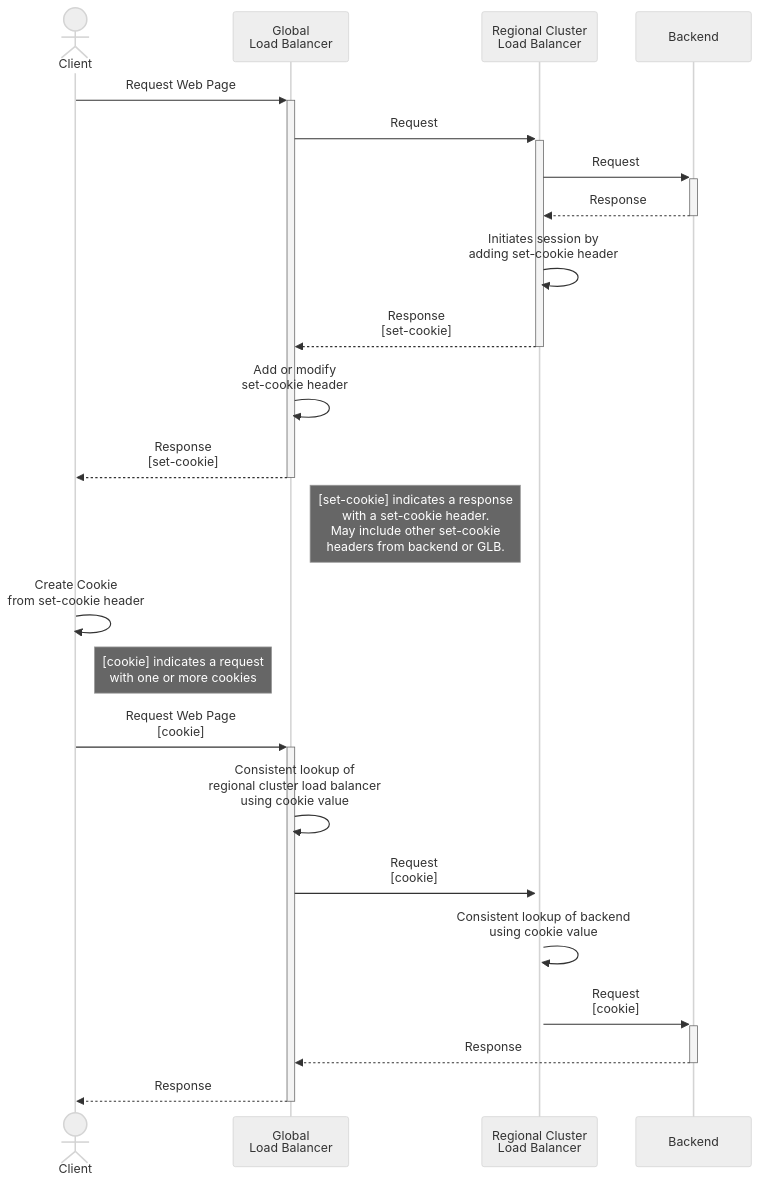
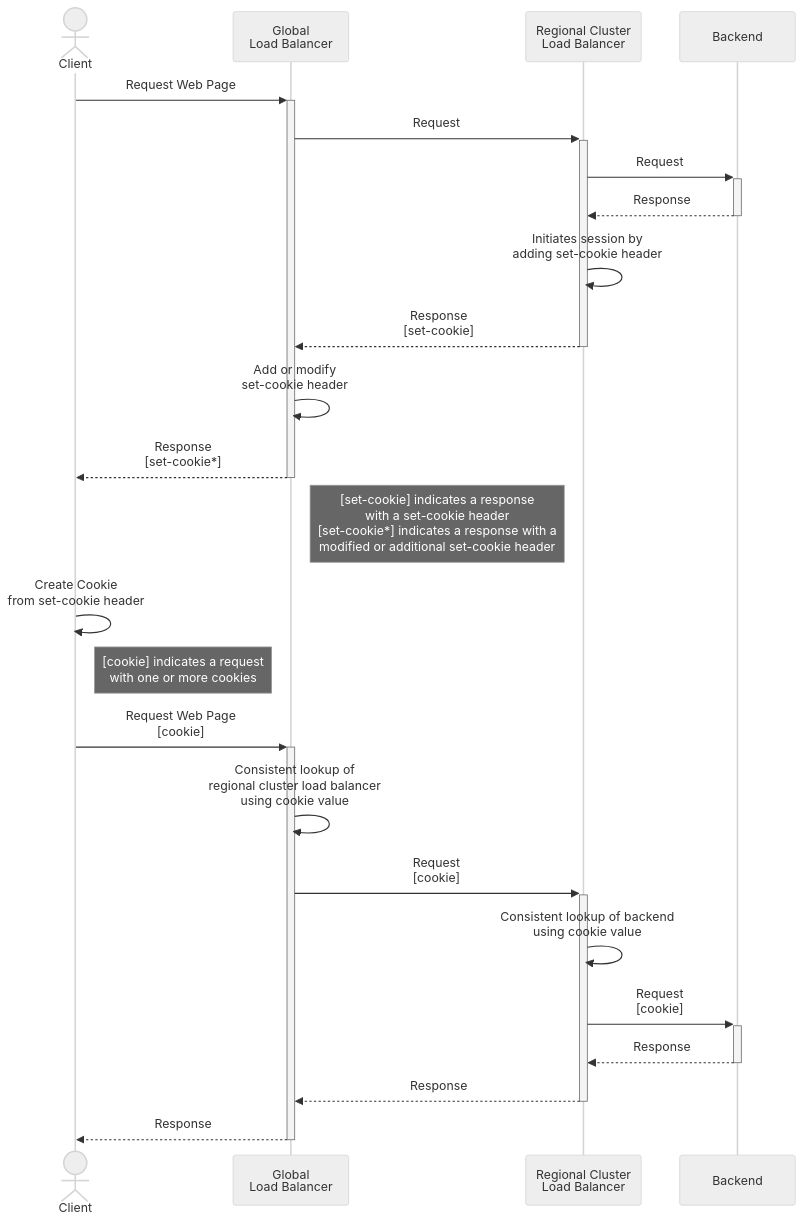
The third of 4 diagrams in geps/gep-1619/index.md (kubernetes-sigs/gateway-api), drawn with Mermaid (neutral theme) before and after one commit. The commit also changed other lines of this file and 1 other file, not shown here.

First line of the commit message:
GEP-1619: Refactor SessionPersistencePolicy into BackendLBPolicy  (#2634)

````diff
--- a/geps/gep-1619/index.md
+++ b/geps/gep-1619/index.md
@@ -201,25 +218,26 @@
 ```mermaid
 sequenceDiagram
     actor C as Client
     participant G as Global<br>Load Balancer
     participant R as Regional Cluster<br>Load Balancer
     participant B as Backend
     C->>+G: Request Web Page
     G->>+R: Request
     R->>+B: Request
     B-->>-R: Response
     R->>R: Initiates session by<br>adding set-cookie header
     R-->>-G: Response<br>[set-cookie]
     G->>G: Add or modify<br>set-cookie header
-    G-->>-C: Response<br>[set-cookie]
-    Note right of G: [set-cookie] indicates a response<br> with a set-cookie header.<br>May include other set-cookie<br>headers from backend or GLB.
+    G-->>-C: Response<br>[set-cookie*]
+    Note right of G: [set-cookie] indicates a response<br> with a set-cookie header<br>[set-cookie*] indicates a response with a<br>modified or additional set-cookie header
     C->>C: Create Cookie<br>from set-cookie header
     Note right of C: [cookie] indicates a request<br> with one or more cookies
     C->>+G: Request Web Page<br>[cookie]
     G->>G: Consistent lookup of<br>regional cluster load balancer<br>using cookie value
     G->>+R: Request<br>[cookie]
     R->>R: Consistent lookup of backend<br>using cookie value
     R->>+B: Request<br>[cookie]
-    B-->>-G: Response
+    B-->>-R: Response
+    R-->>-G: Response
     G-->>-C: Response
 ```
````
